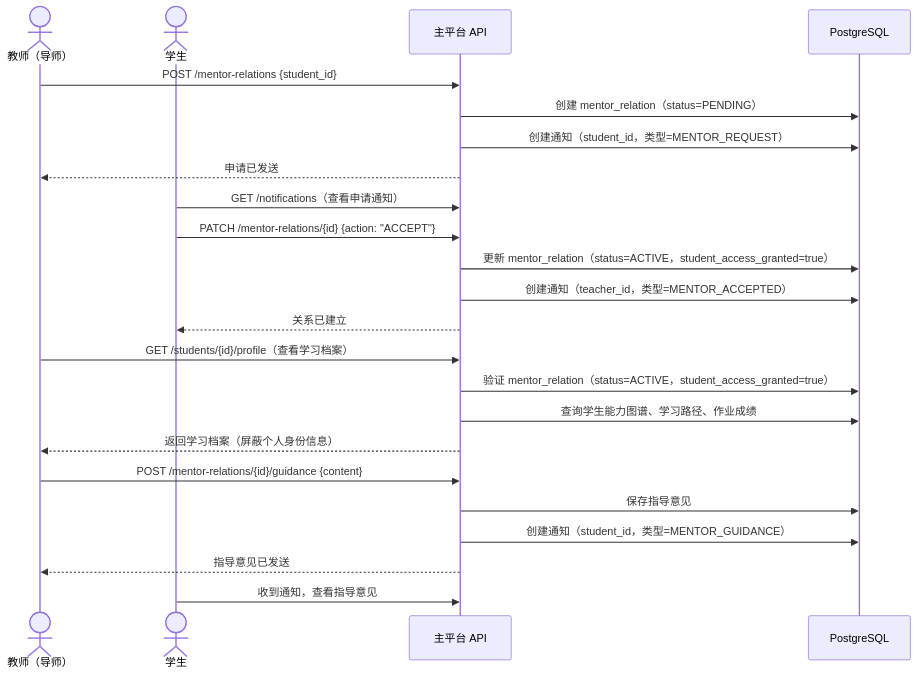
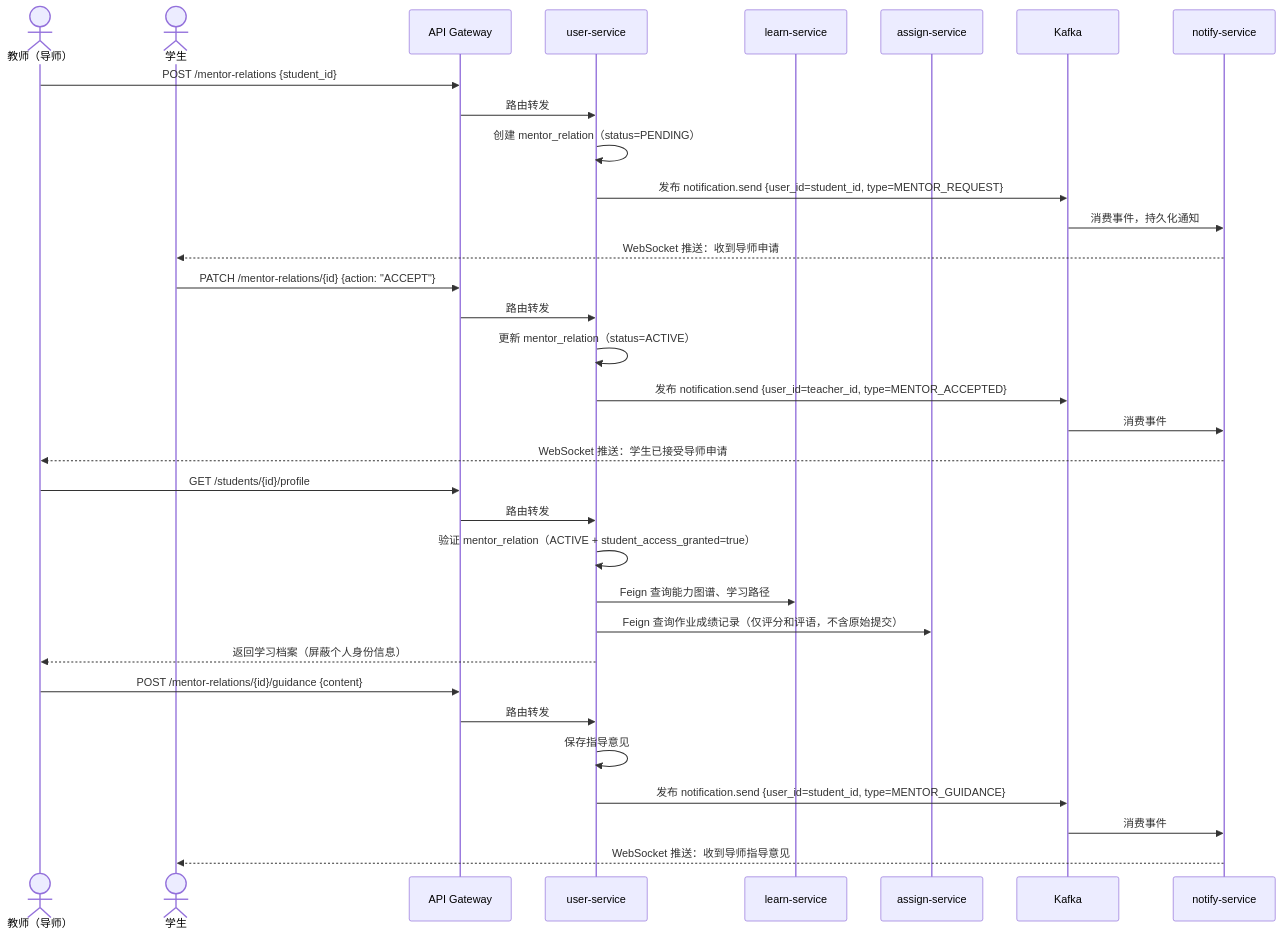
Diagram 19 of 20 in docs/design/SDD-CloudTeachingAI.md (xice-1201/CloudTeachingAI), drawn with Mermaid before and after one commit. The commit also changed other lines of this file, not shown here.

````diff
--- a/docs/design/SDD-CloudTeachingAI.md
+++ b/docs/design/SDD-CloudTeachingAI.md
@@ -1157,29 +1530,39 @@
 ```mermaid
 sequenceDiagram
     actor Teacher as 教师（导师）
     actor Student as 学生
-    participant API as 主平台 API
-    participant DB as PostgreSQL
+    participant GW as API Gateway
+    participant UserSvc as user-service
+    participant LearnSvc as learn-service
+    participant AssignSvc as assign-service
+    participant Kafka as Kafka
+    participant Notify as notify-service
 
-    Teacher->>API: POST /mentor-relations {student_id}
-    API->>DB: 创建 mentor_relation（status=PENDING）
-    API->>DB: 创建通知（student_id，类型=MENTOR_REQUEST）
-    API-->>Teacher: 申请已发送
+    Teacher->>GW: POST /mentor-relations {student_id}
+    GW->>UserSvc: 路由转发
+    UserSvc->>UserSvc: 创建 mentor_relation（status=PENDING）
+    UserSvc->>Kafka: 发布 notification.send {user_id=student_id, type=MENTOR_REQUEST}
+    Kafka->>Notify: 消费事件，持久化通知
+    Notify-->>Student: WebSocket 推送：收到导师申请
 
-    Student->>API: GET /notifications（查看申请通知）
-    Student->>API: PATCH /mentor-relations/{id} {action: "ACCEPT"}
-    API->>DB: 更新 mentor_relation（status=ACTIVE，student_access_granted=true）
-    API->>DB: 创建通知（teacher_id，类型=MENTOR_ACCEPTED）
-    API-->>Student: 关系已建立
+    Student->>GW: PATCH /mentor-relations/{id} {action: "ACCEPT"}
+    GW->>UserSvc: 路由转发
+    UserSvc->>UserSvc: 更新 mentor_relation（status=ACTIVE）
+    UserSvc->>Kafka: 发布 notification.send {user_id=teacher_id, type=MENTOR_ACCEPTED}
+    Kafka->>Notify: 消费事件
+    Notify-->>Teacher: WebSocket 推送：学生已接受导师申请
 
-    Teacher->>API: GET /students/{id}/profile（查看学习档案）
-    API->>DB: 验证 mentor_relation（status=ACTIVE，student_access_granted=true）
-    API->>DB: 查询学生能力图谱、学习路径、作业成绩
-    API-->>Teacher: 返回学习档案（屏蔽个人身份信息）
+    Teacher->>GW: GET /students/{id}/profile
+    GW->>UserSvc: 路由转发
+    UserSvc->>UserSvc: 验证 mentor_relation（ACTIVE + student_access_granted=true）
+    UserSvc->>LearnSvc: Feign 查询能力图谱、学习路径
+    UserSvc->>AssignSvc: Feign 查询作业成绩记录（仅评分和评语，不含原始提交）
+    UserSvc-->>Teacher: 返回学习档案（屏蔽个人身份信息）
 
-    Teacher->>API: POST /mentor-relations/{id}/guidance {content}
-    API->>DB: 保存指导意见
-    API->>DB: 创建通知（student_id，类型=MENTOR_GUIDANCE）
-    API-->>Teacher: 指导意见已发送
-    Student->>API: 收到通知，查看指导意见
+    Teacher->>GW: POST /mentor-relations/{id}/guidance {content}
+    GW->>UserSvc: 路由转发
+    UserSvc->>UserSvc: 保存指导意见
+    UserSvc->>Kafka: 发布 notification.send {user_id=student_id, type=MENTOR_GUIDANCE}
+    Kafka->>Notify: 消费事件
+    Notify-->>Student: WebSocket 推送：收到导师指导意见
 ```
````
